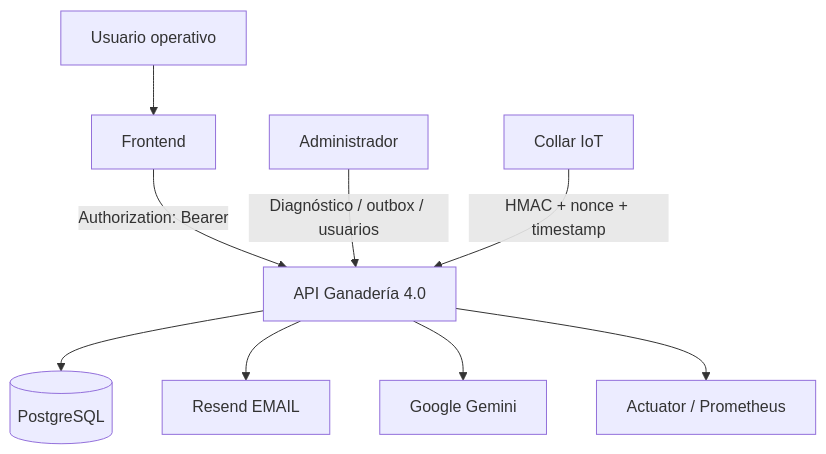
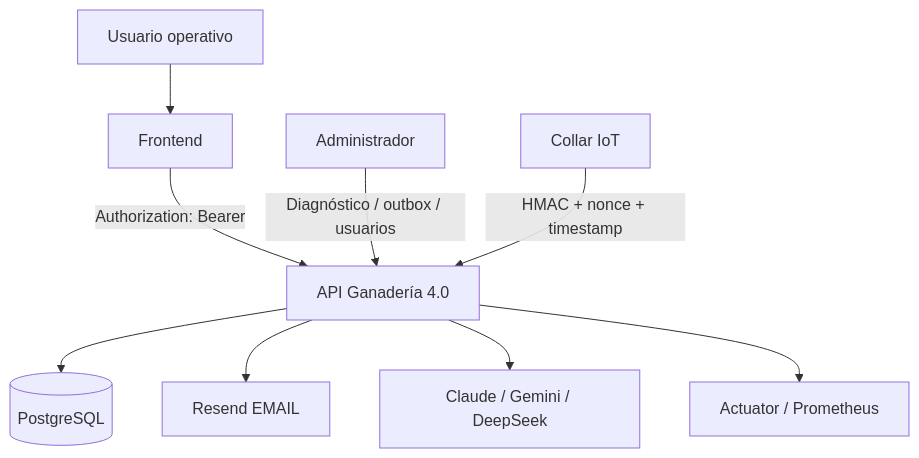
Before and after one commit to AlePython-byte/ganaderia-backend: the second of 2 diagrams in docs/architecture.md, drawn with Mermaid. The commit also changed other lines of this file and 3 other files, not shown here.

````diff
--- a/docs/architecture.md
+++ b/docs/architecture.md
@@ -42,11 +44,11 @@
 ```mermaid
 flowchart TB
     User[Usuario operativo] --> Frontend
     Frontend -->|Authorization: Bearer <JWT>| API[API Ganadería 4.0]
     Admin[Administrador] -->|Diagnóstico / outbox / usuarios| API
     Collar[Collar IoT] -->|HMAC + nonce + timestamp| API
     API --> PostgreSQL[(PostgreSQL)]
     API --> Resend[Resend EMAIL]
-    API --> Gemini[Google Gemini]
+    API --> ClaudeAI[Claude / Gemini / DeepSeek]
     API --> Actuator[Actuator / Prometheus]
 ```
````
